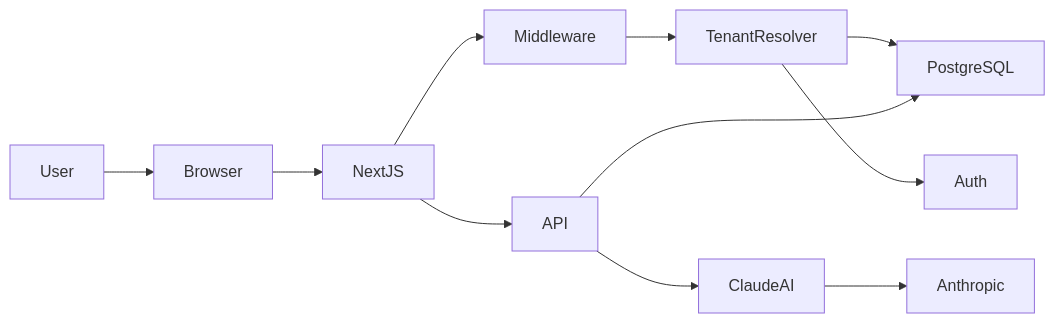
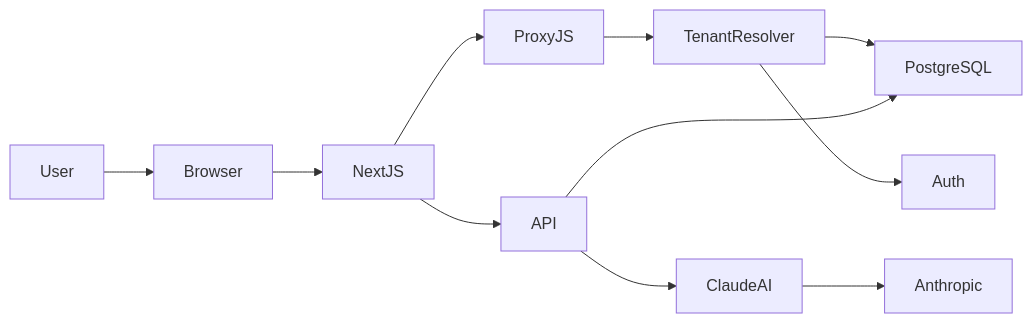
One commit to lucaskarsten/mibi changed the diagram in README.md. Above: the diagram before and after it, drawn with Mermaid. The commit also changed other lines of this file, not shown here.

Commit message:
docs: atualizar README com suporte mobile, tema, proxy.js e infra

````diff
--- a/README.md
+++ b/README.md
@@ -159,18 +183,18 @@
 ```mermaid
 flowchart LR
 
 User --> Browser
 Browser --> NextJS
 
-NextJS --> Middleware
-Middleware --> TenantResolver
+NextJS --> ProxyJS
+ProxyJS --> TenantResolver
 
 TenantResolver --> PostgreSQL
 TenantResolver --> Auth
 
 NextJS --> API
 API --> ClaudeAI
 API --> PostgreSQL
 
 ClaudeAI --> Anthropic
 ```
````
